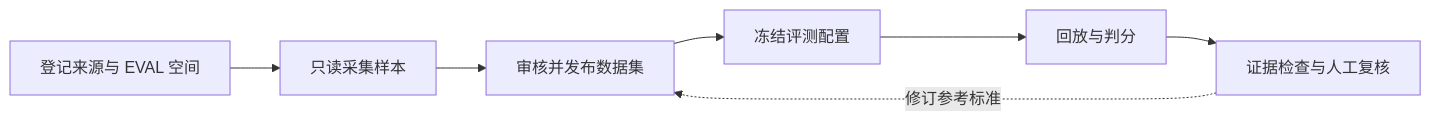
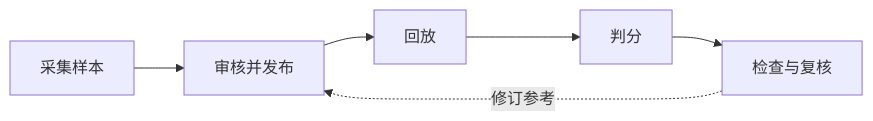
Before and after one commit to 3ChatAI-NCT/3chatai-agent-eval: the diagram in README.zh-CN.md, drawn with Mermaid. The commit also changed other lines of this file and 5 other files, not shown here.

````diff
--- a/README.zh-CN.md
+++ b/README.zh-CN.md
@@ -35,9 +42,8 @@
 ```mermaid
 flowchart LR
-    A[登记来源与 EVAL 空间] --> B[只读采集样本]
-    B --> C[审核并发布数据集]
-    C --> D[冻结评测配置]
-    D --> E[回放与判分]
-    E --> F[证据检查与人工复核]
-    F -. 修订参考标准 .-> C
+    A[采集样本] --> B[审核并发布]
+    B --> C[回放]
+    C --> D[判分]
+    D --> E[检查与复核]
+    E -. 修订参考 .-> B
 ```
````
